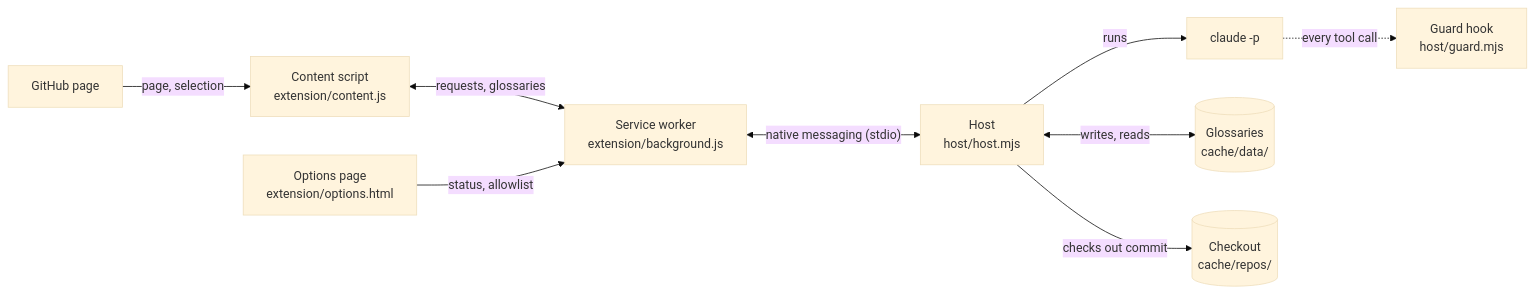
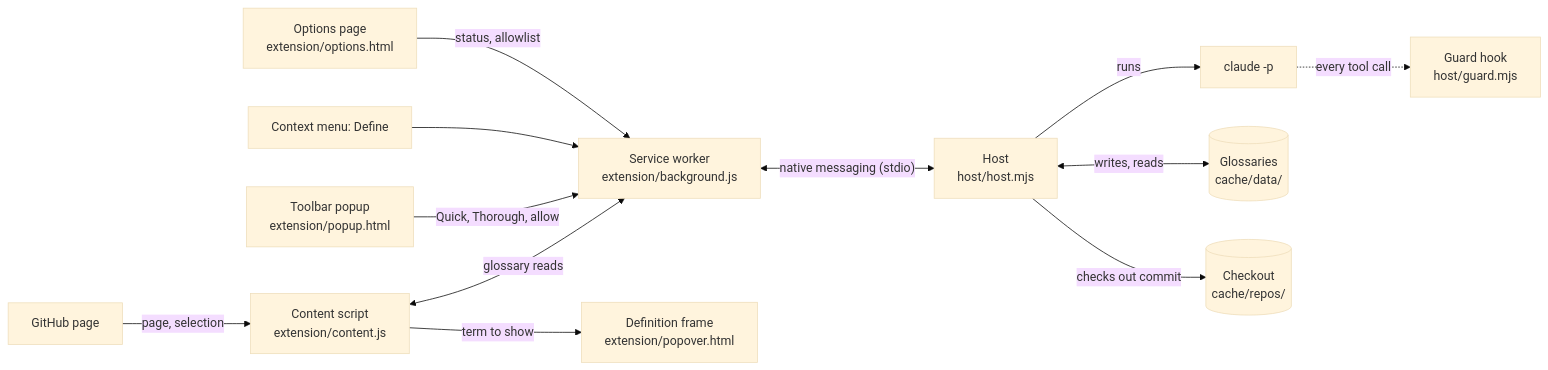
Before and after one commit to redfellow/gh-glossary: the diagram in README.md, drawn with Mermaid (base theme). The commit also changed other lines of this file and 46 other files, not shown here.

````diff
--- a/README.md
+++ b/README.md
@@ -228,11 +233,14 @@
 ```mermaid
 flowchart LR
     page["GitHub page"] -->|"page, selection"| cs["Content script<br>extension/content.js"]
-    cs <-->|"requests, glossaries"| sw["Service worker<br>extension/background.js"]
+    cs <-->|"glossary reads"| sw["Service worker<br>extension/background.js"]
+    cs -->|"term to show"| frame["Definition frame<br>extension/popover.html"]
+    popup["Toolbar popup<br>extension/popup.html"] -->|"Quick, Thorough, allow"| sw
+    menu["Context menu: Define"] --> sw
     opts["Options page<br>extension/options.html"] -->|"status, allowlist"| sw
     sw <-->|"native messaging (stdio)"| host["Host<br>host/host.mjs"]
     host -->|"runs"| claude["claude -p"]
     claude -.->|"every tool call"| guard["Guard hook<br>host/guard.mjs"]
     host <-->|"writes, reads"| data[("Glossaries<br>cache/data/")]
     host -->|"checks out commit"| repos[("Checkout<br>cache/repos/")]
 ```
````
